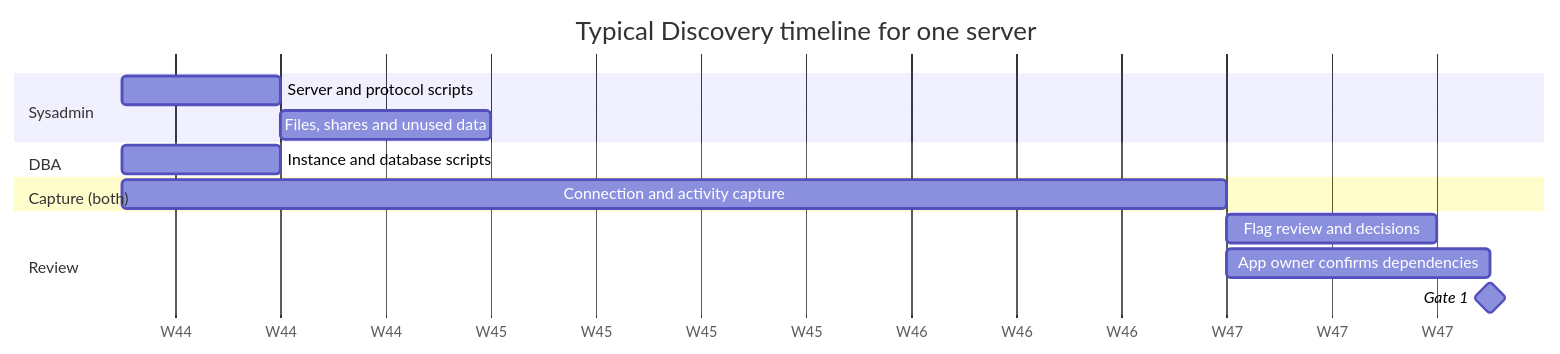
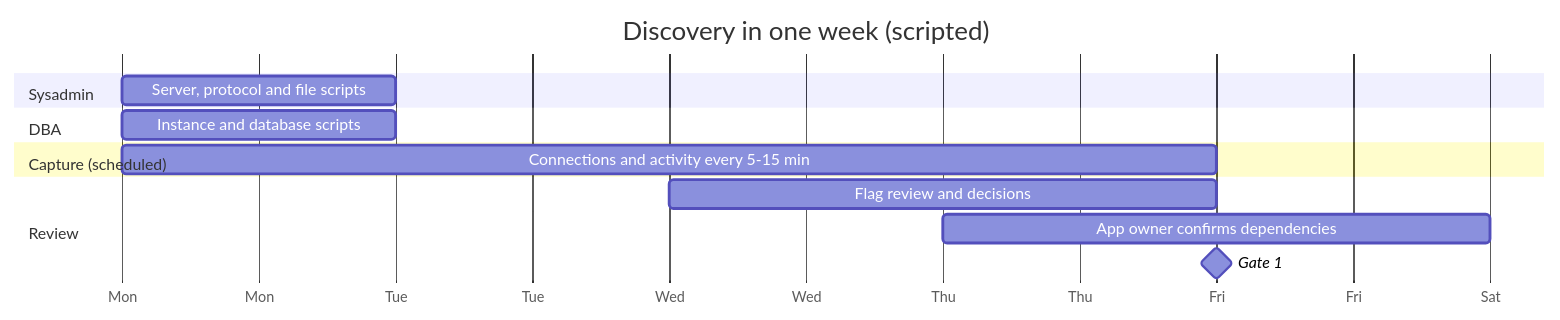
Before and after one commit to theoneakta/ansible: the third of 6 diagrams in migration-governance/README.md, drawn with Mermaid. The commit also changed other lines of this file and 1 other file, not shown here.

Commit message:
Migration governance: Windows 2012-2019 and SQL 2012-2019, one-week scripted discovery

````diff
--- a/migration-governance/README.md
+++ b/migration-governance/README.md
@@ -192,17 +229,16 @@
 ```mermaid
 gantt
     dateFormat  YYYY-MM-DD
-    axisFormat  W%W
-    title Typical Discovery timeline for one server
+    axisFormat  %a
+    title Discovery in one week (scripted)
     section Sysadmin
-    Server and protocol scripts      :s1, 2026-11-02, 3d
-    Files, shares and unused data    :s2, after s1, 4d
+    Server, protocol and file scripts        :s1, 2026-11-02, 1d
     section DBA
-    Instance and database scripts    :d1, 2026-11-02, 3d
-    section Capture (both)
-    Connection and activity capture  :c1, 2026-11-02, 21d
+    Instance and database scripts            :d1, 2026-11-02, 1d
+    section Capture (scheduled)
+    Connections and activity every 5-15 min  :c1, 2026-11-02, 4d
     section Review
-    Flag review and decisions        :r1, after c1, 4d
-    App owner confirms dependencies  :r2, after c1, 5d
-    Gate 1                           :milestone, g1, after r2, 0d
+    Flag review and decisions                :r1, 2026-11-04, 2d
+    App owner confirms dependencies          :r2, 2026-11-05, 2d
+    Gate 1                                   :milestone, g1, 2026-11-06, 0d
 ```
````
